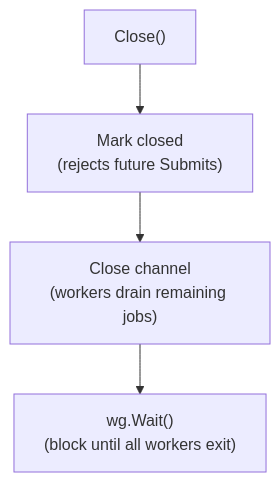
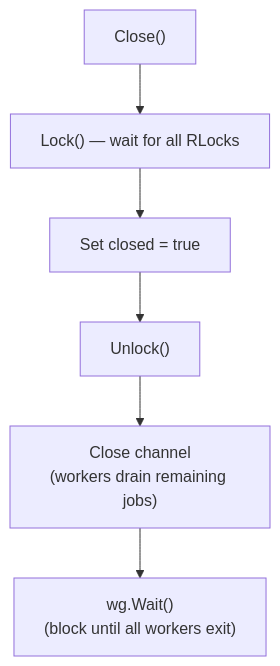
The fourth of 4 diagrams in pool/README.md (matmazurk/oidc-keepie), drawn with Mermaid before and after one commit. The commit also changed other lines of this file and 1 other file, not shown here.

````diff
--- a/pool/README.md
+++ b/pool/README.md
@@ -62,6 +67,8 @@
 ```mermaid
 flowchart TD
-    Start["Close()"] --> Mark["Mark closed\n(rejects future Submits)"]
-    Mark --> CloseCh["Close channel\n(workers drain remaining jobs)"]
+    Start["Close()"] --> Lock["Lock() — wait for all RLocks"]
+    Lock --> Mark["Set closed = true"]
+    Mark --> Unlock["Unlock()"]
+    Unlock --> CloseCh["Close channel\n(workers drain remaining jobs)"]
     CloseCh --> WgWait["wg.Wait()\n(block until all workers exit)"]
 ```
````
